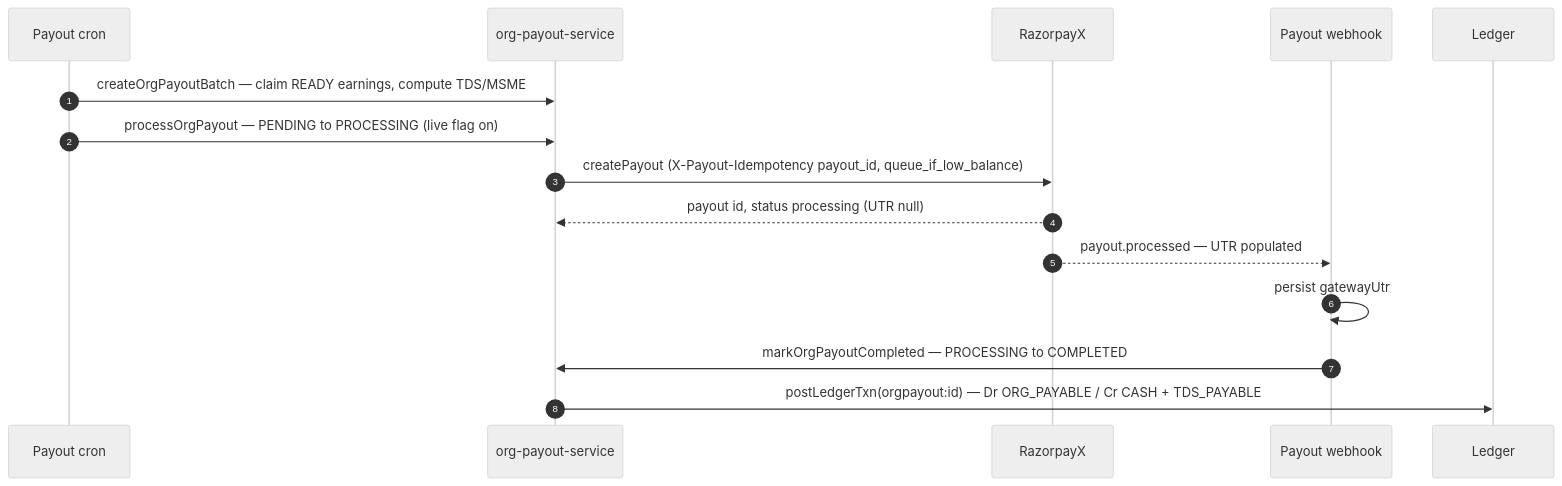
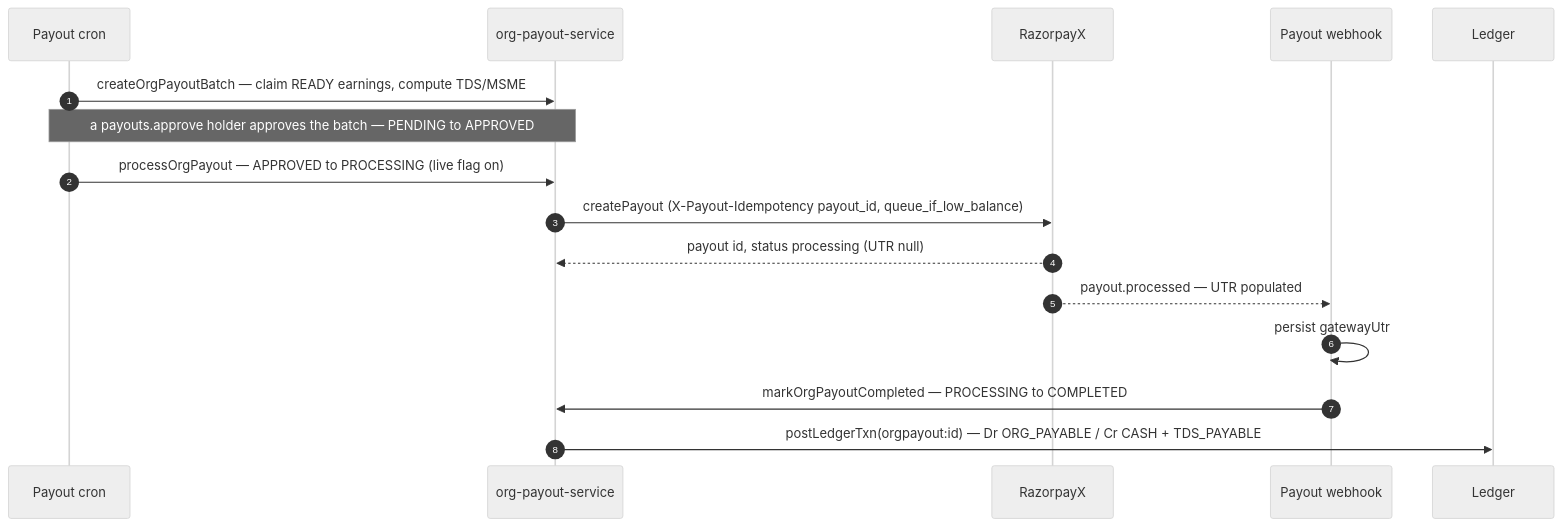
Before and after one commit to Practitionist/familiarise_web: the second of 2 diagrams in docs/enterprise/10-money-and-ledger/07-payout-pipeline.md, drawn with Mermaid (neutral theme). The commit also changed 15 other files, not shown here.

````diff
--- a/docs/enterprise/10-money-and-ledger/07-payout-pipeline.md
+++ b/docs/enterprise/10-money-and-ledger/07-payout-pipeline.md
@@ -113,17 +113,18 @@
 ```mermaid
 sequenceDiagram
   autonumber
   participant CR as Payout cron
   participant SV as org-payout-service
   participant GW as RazorpayX
   participant WH as Payout webhook
   participant L as Ledger
   CR->>SV: createOrgPayoutBatch — claim READY earnings, compute TDS/MSME
-  CR->>SV: processOrgPayout — PENDING to PROCESSING (live flag on)
+  Note over CR,SV: a payouts.approve holder approves the batch — PENDING to APPROVED
+  CR->>SV: processOrgPayout — APPROVED to PROCESSING (live flag on)
   SV->>GW: createPayout (X-Payout-Idempotency payout_id, queue_if_low_balance)
   GW-->>SV: payout id, status processing (UTR null)
   GW-->>WH: payout.processed — UTR populated
   WH->>WH: persist gatewayUtr
   WH->>SV: markOrgPayoutCompleted — PROCESSING to COMPLETED
   SV->>L: postLedgerTxn(orgpayout:id) — Dr ORG_PAYABLE / Cr CASH + TDS_PAYABLE
 ```
````
